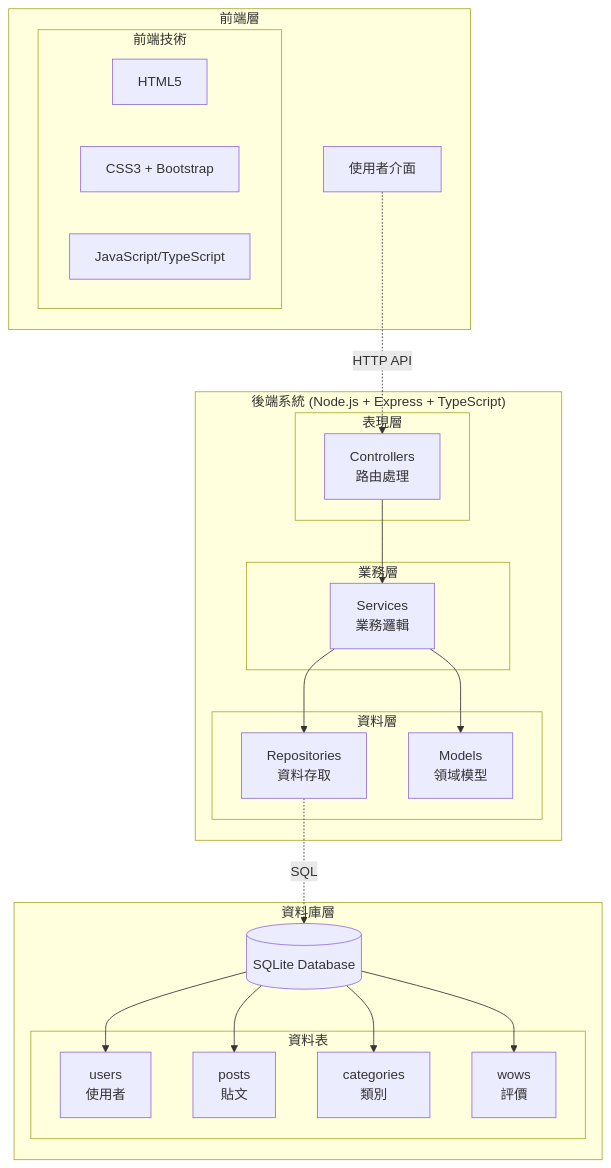
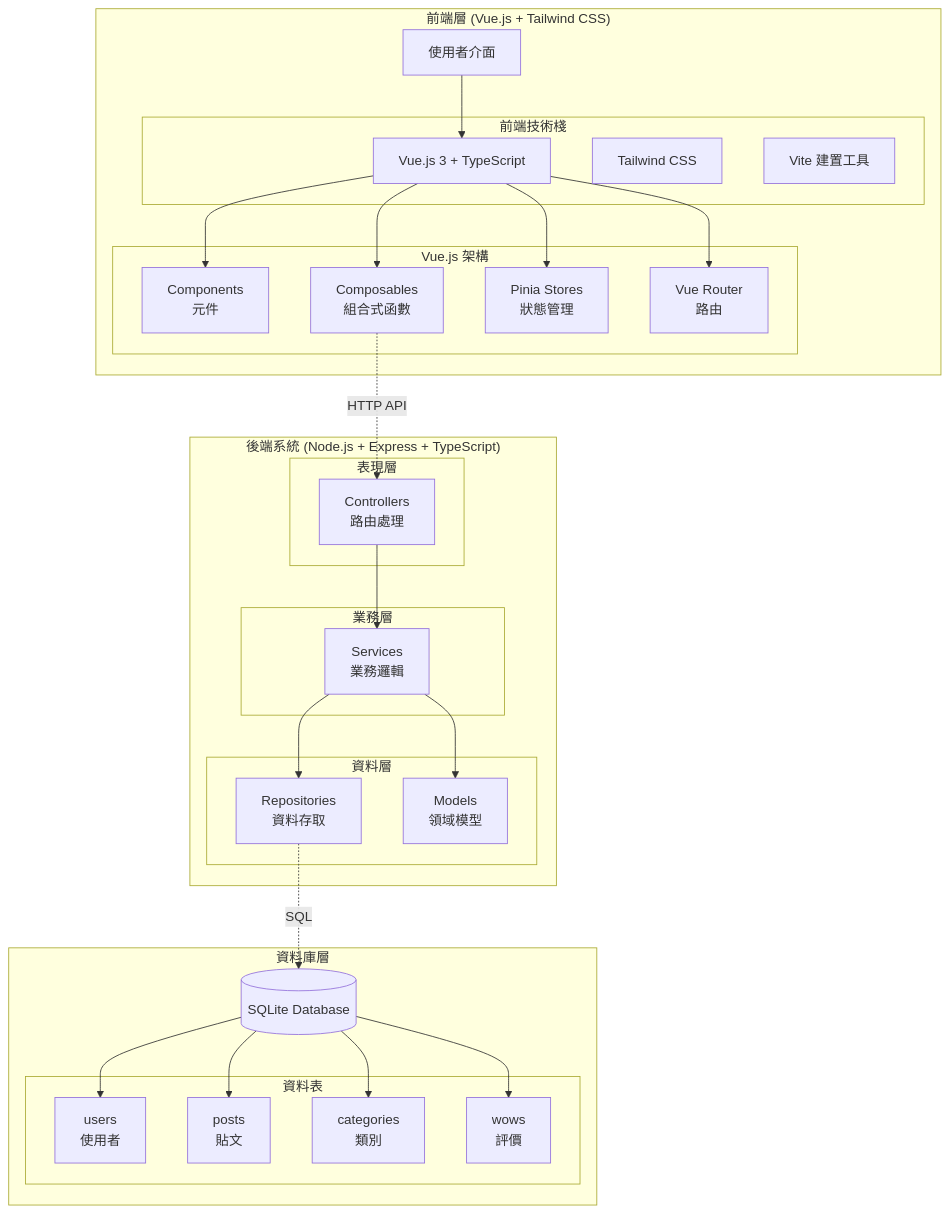
Before and after one commit to ayugioh2003/ooad-ai: the diagram in aotter-wow-system/OOAD-SUMMARY.md, drawn with Mermaid. The commit also changed other lines of this file and 1 other file, not shown here.

````diff
--- a/aotter-wow-system/OOAD-SUMMARY.md
+++ b/aotter-wow-system/OOAD-SUMMARY.md
@@ -84,49 +84,62 @@
 ```mermaid
 flowchart TD
-    subgraph "前端層"
+    subgraph "前端層 (Vue.js + Tailwind CSS)"
         UI[使用者介面]
-        subgraph "前端技術"
-            HTML[HTML5]
-            CSS[CSS3 + Bootstrap]
-            JS[JavaScript/TypeScript]
+        subgraph "前端技術棧"
+            Vue[Vue.js 3 + TypeScript]
+            Tailwind[Tailwind CSS]
+            Vite[Vite 建置工具]
+        end
+        
+        subgraph "Vue.js 架構"
+            Components[Components<br/>元件]
+            Composables[Composables<br/>組合式函數]
+            Stores[Pinia Stores<br/>狀態管理]
+            Router[Vue Router<br/>路由]
         end
     end
     
     subgraph "後端系統 (Node.js + Express + TypeScript)"
         subgraph "表現層"
             Controllers[Controllers<br/>路由處理]
         end
         
         subgraph "業務層"
             Services[Services<br/>業務邏輯]
         end
         
         subgraph "資料層"
             Repositories[Repositories<br/>資料存取]
             Models[Models<br/>領域模型]
         end
     end
     
     subgraph "資料庫層"
         DB[(SQLite Database)]
         subgraph "資料表"
             Users[users<br/>使用者]
             Posts[posts<br/>貼文]
             Categories[categories<br/>類別]
             Wows[wows<br/>評價]
         end
     end
     
     %% 連接關係
-    UI -.->|HTTP API| Controllers
+    UI --> Vue
+    Vue --> Components
+    Vue --> Composables
+    Vue --> Stores
+    Vue --> Router
+    
+    Composables -.->|HTTP API| Controllers
     Controllers --> Services
     Services --> Repositories
     Services --> Models
     Repositories -.->|SQL| DB
     
     %% 資料表關係
     DB --> Users
     DB --> Posts  
     DB --> Categories
     DB --> Wows
 ```
````
